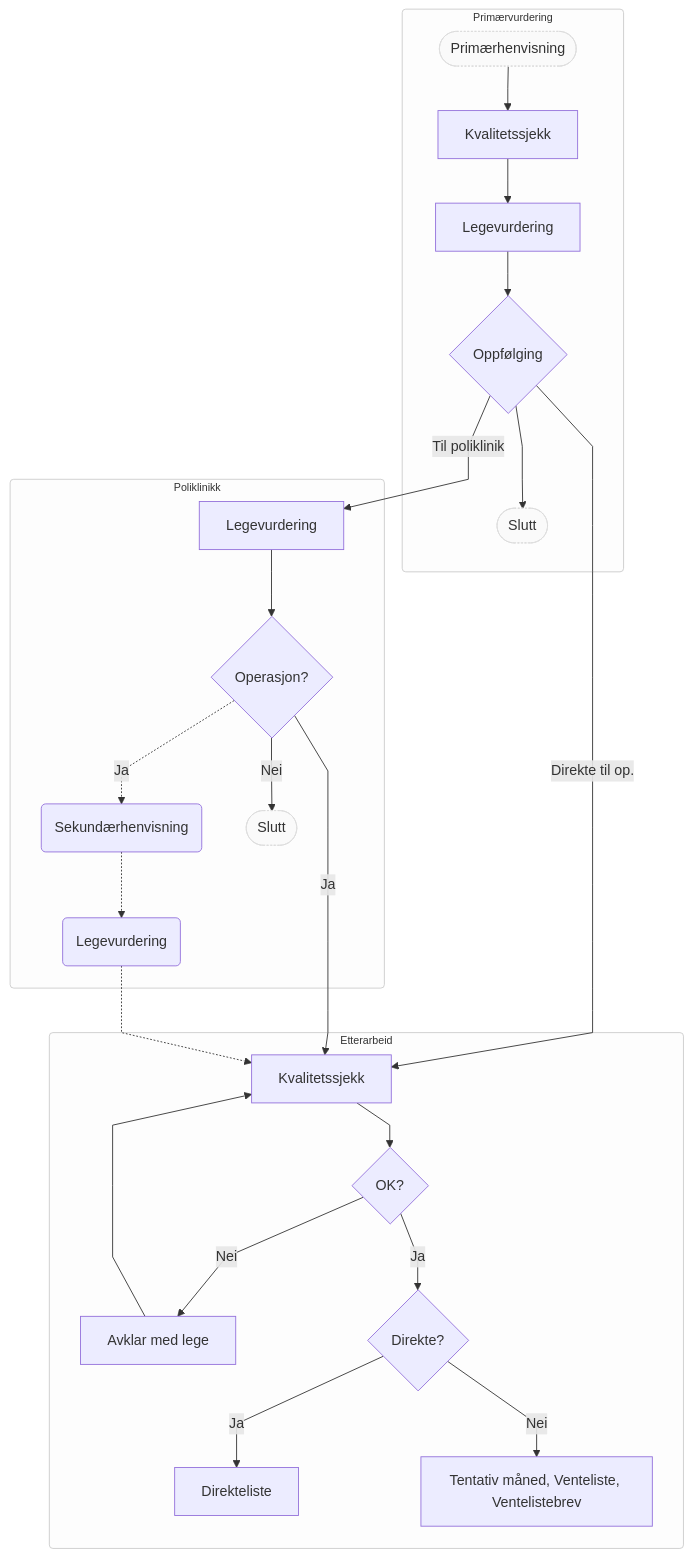
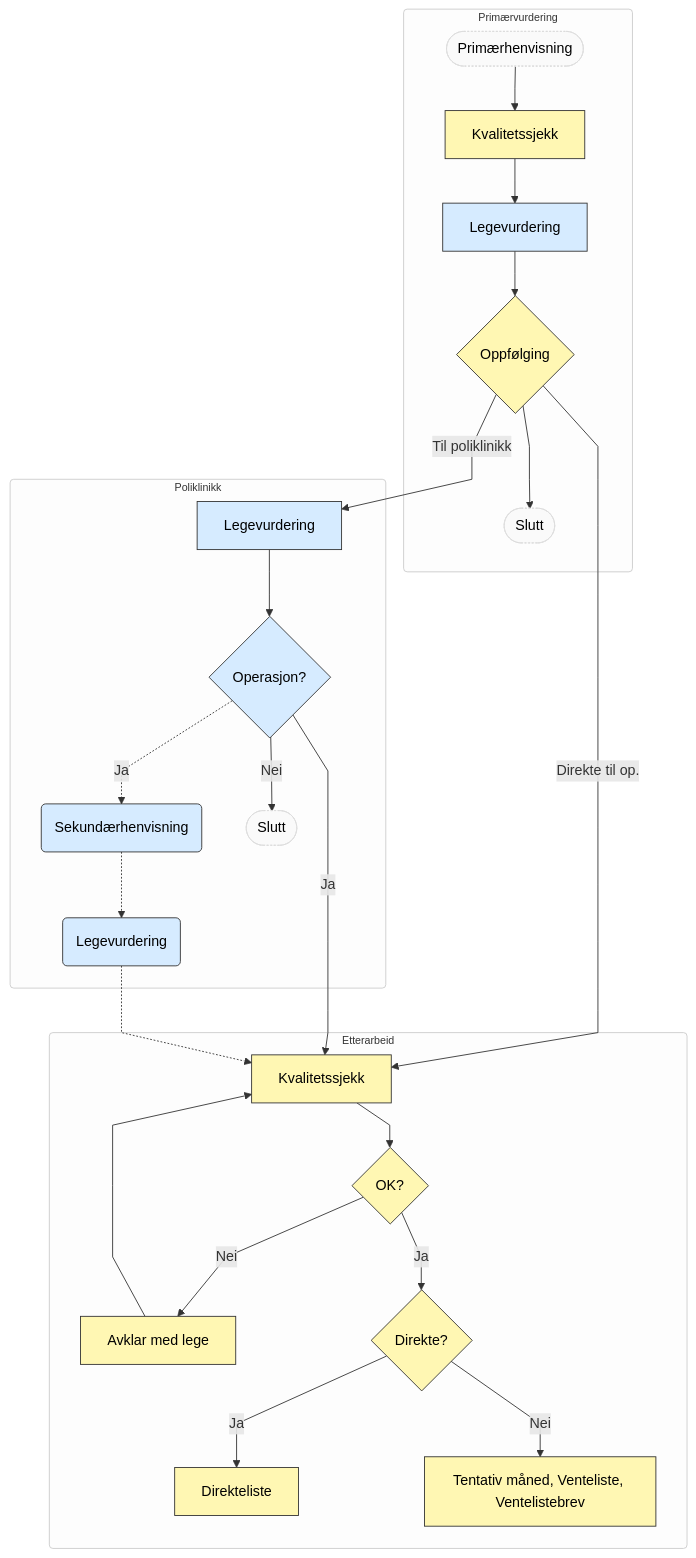
One commit to srbolle/transcribe changed the diagram in flytskjema/ventelisteansvarlig.qmd. Above: the diagram before and after it, drawn with Mermaid.

Commit message:
fix: correct typo and add styling for medical review nodes
Fix typo "poliklinik" -> "poliklinikk" and add lege class styling to medical review nodes (C,G,H,I,K) with light blue fill

````diff
--- a/flytskjema/ventelisteansvarlig.qmd
+++ b/flytskjema/ventelisteansvarlig.qmd
@@ -3,68 +3,71 @@
 ```{mermaid}
 ---
 config:
   flowchart:
     curve: linear
 ---
 flowchart TD
   %% Vurdering av primærhenvisning
   subgraph "Primærvurdering"
     A([Primærhenvisning])
     B[Kvalitetssjekk]
     C[Legevurdering]
     D{Oppfølging}
     F([Slutt])
 
     A --> B
     B --> C
     C --> D
     D --> F
   end
 
   %% Poliklinikk
   subgraph "Poliklinikk"
     G[Legevurdering]
     H(Sekundærhenvisning)
     I{Operasjon?}
     J([Slutt])
     K(Legevurdering)
 
-    D -->|Til poliklinik| G
+    D -->|Til poliklinikk| G
     G --> I
     I -->|Nei| J
     I -. Ja .-> H
     H -.-> K
   end
 
   %% Etterarbeid
   subgraph "Etterarbeid"
     D -->|Direkte til op.| E
     E[Kvalitetssjekk]
     L{OK?}
     M[Avklar med lege]
     N{Direkte?}
     O[Direkteliste]
     P[Tentativ måned, Venteliste, Ventelistebrev]
 
     I -->|Ja| E
     K -.-> E
     E --> L
     L -->|Nei| M
     L -->|Ja| N
     M --> E
     N -->|Ja| O
     N -->|Nei| P
   end
 
   %% style Poliklinikk fill:#fff,stroke:#333,stroke-width:4px
 
   %% Class assignments
   class Primærvurdering,Poliklinikk,Etterarbeid groups
   class A,J,F start_end
+  class C,G,H,I,K lege
 
   %% Styles
   classDef groups fill:#fdfdfd,stroke:#ccc,stroke-width:1px,font-size:12px,rx:4,ry:4
   classDef button fill:#2e78f0,stroke:#1e60d4,color:#fff,font-weight:bold,rx:20,ry:20
   classDef decision fill:#ffffff,stroke:#444,stroke-width:2px,font-style:italic
   classDef start_end fill:#fafafa,stroke:#ddd,stroke-dasharray: 2 2
+  classDef default fill:#fff7b3,stroke:#333,color:#000
+  classDef lege fill:#d6ebff,stroke:#333,color:#000
 ```
````
